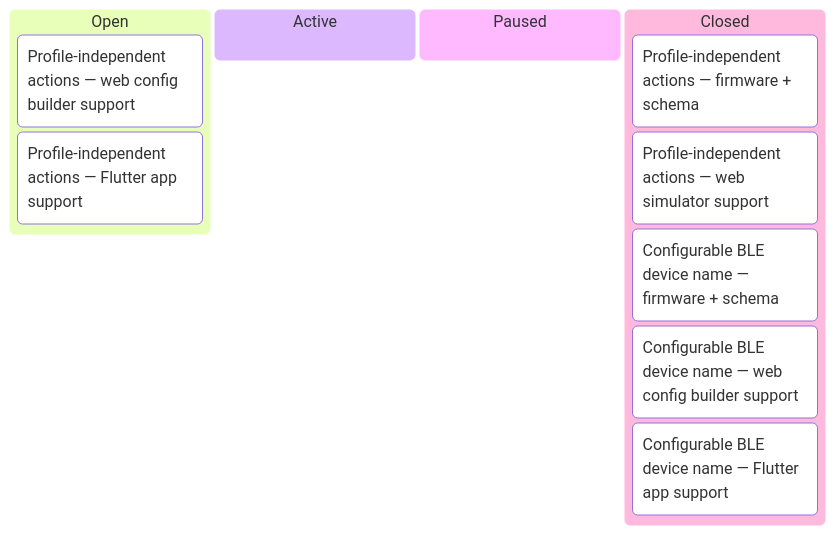
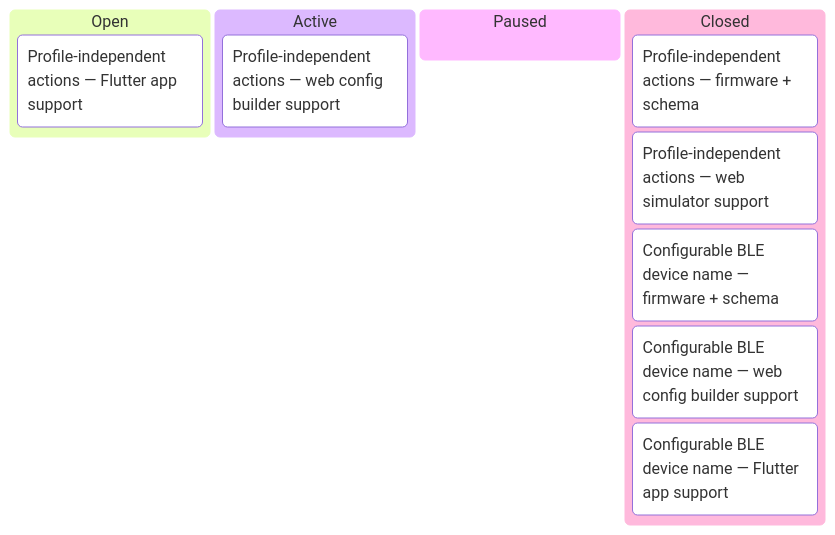
Before and after one commit to tgd1975/AwesomeStudioPedal: the first of 7 diagrams in docs/developers/tasks/KANBAN.md, drawn with Mermaid. The commit also changed other lines of this file and 9 other files, not shown here.

First line of the commit message:
TASK-308: config builder support for independentActions

````diff
--- a/docs/developers/tasks/KANBAN.md
+++ b/docs/developers/tasks/KANBAN.md
@@ -11,14 +11,14 @@
 ```mermaid
 kanban
   Open
-    TASK_308["Profile-independent actions — web config builder support"]
     TASK_309["Profile-independent actions — Flutter app support"]
   Active
+    TASK_308["Profile-independent actions — web config builder support"]
   Paused
   Closed
     TASK_306["Profile-independent actions — firmware + schema"]
     TASK_307["Profile-independent actions — web simulator support"]
     TASK_310["Configurable BLE device name — firmware + schema"]
     TASK_311["Configurable BLE device name — web config builder support"]
     TASK_312["Configurable BLE device name — Flutter app support"]
 ```
````
